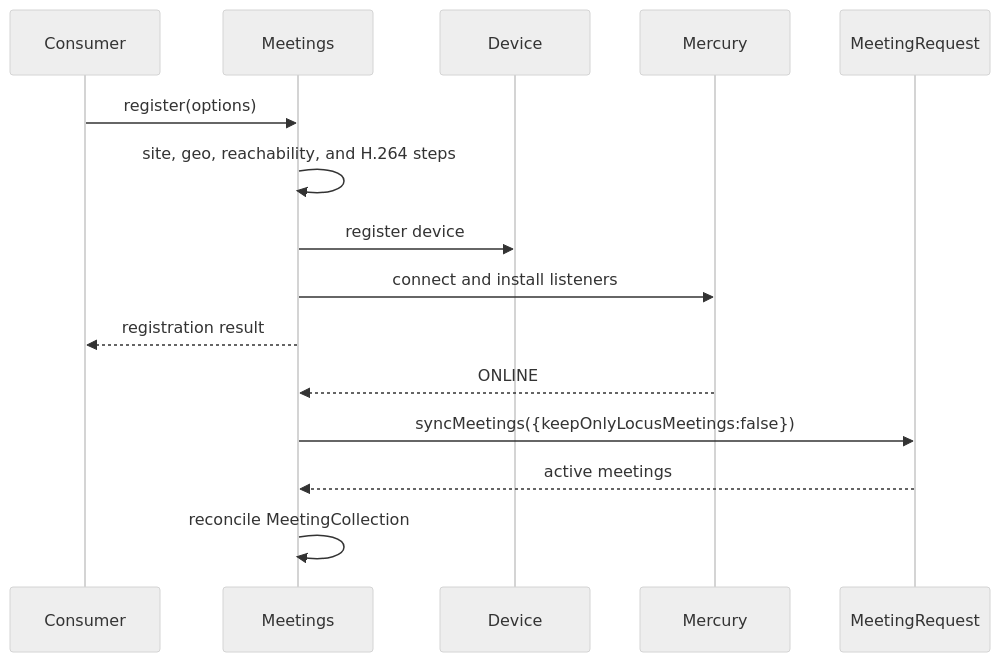
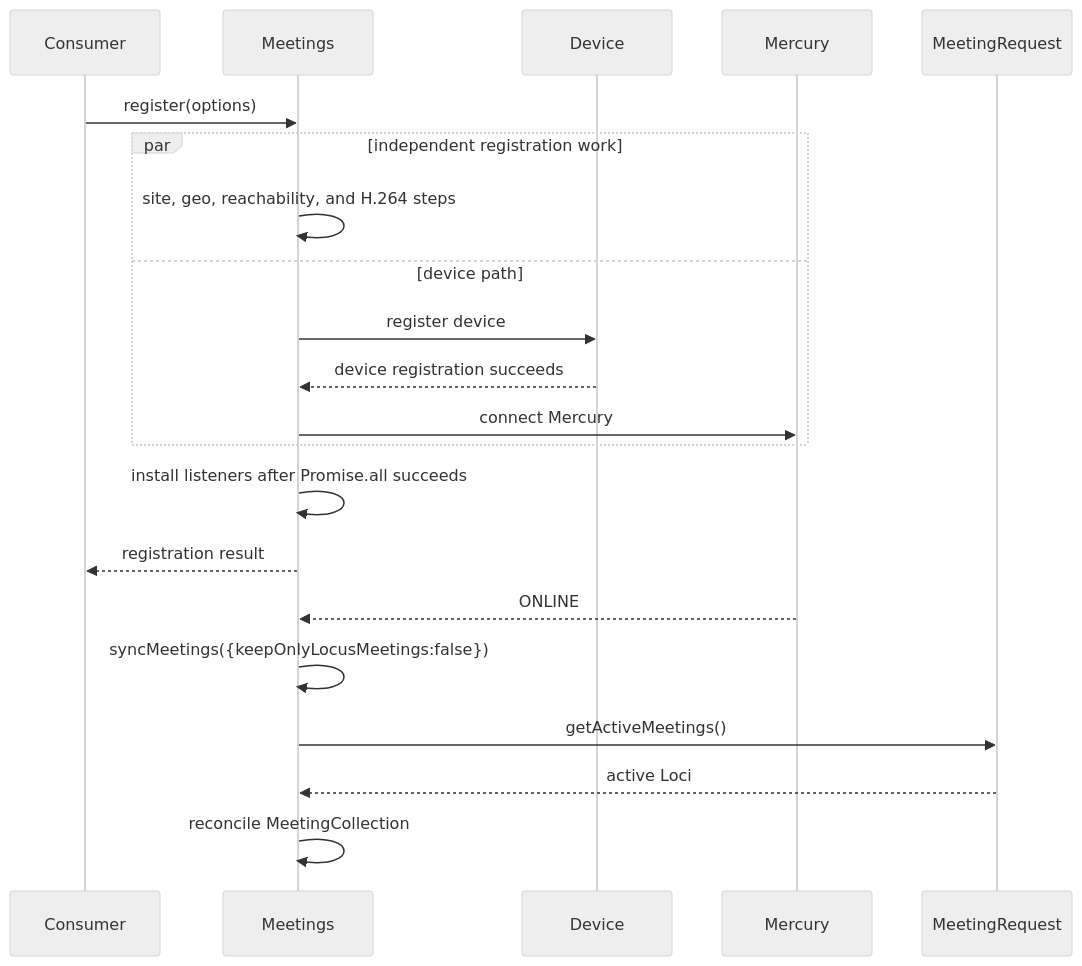
The second of 5 diagrams in packages/@webex/plugin-meetings/src/meetings/ai-docs/meetings-spec.md (webex/webex-js-sdk), drawn with Mermaid (neutral theme) before and after one commit. The commit also changed other lines of this file and 24 other files, not shown here.

````diff
--- a/packages/@webex/plugin-meetings/src/meetings/ai-docs/meetings-spec.md
+++ b/packages/@webex/plugin-meetings/src/meetings/ai-docs/meetings-spec.md
@@ -129,17 +149,23 @@
 ```mermaid
 sequenceDiagram
   participant C as Consumer
   participant M as Meetings
   participant D as Device
   participant Q as Mercury
   participant R as MeetingRequest
   C->>M: register(options)
-  M->>M: site, geo, reachability, and H.264 steps
-  M->>D: register device
-  M->>Q: connect and install listeners
+  par independent registration work
+    M->>M: site, geo, reachability, and H.264 steps
+  and device path
+    M->>D: register device
+    D-->>M: device registration succeeds
+    M->>Q: connect Mercury
+  end
+  M->>M: install listeners after Promise.all succeeds
   M-->>C: registration result
   Q-->>M: ONLINE
-  M->>R: syncMeetings({keepOnlyLocusMeetings:false})
-  R-->>M: active meetings
+  M->>M: syncMeetings({keepOnlyLocusMeetings:false})
+  M->>R: getActiveMeetings()
+  R-->>M: active Loci
   M->>M: reconcile MeetingCollection
 ```
````
